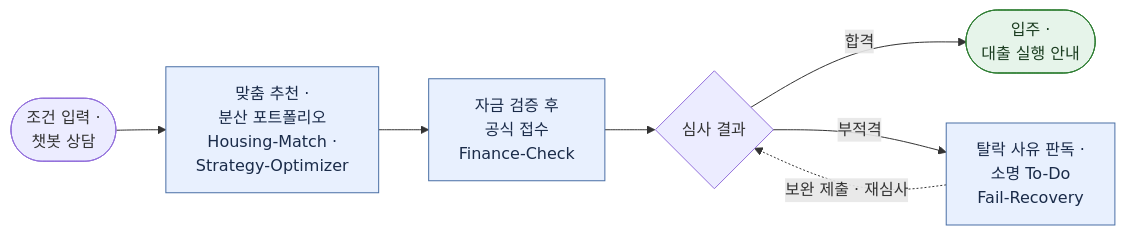
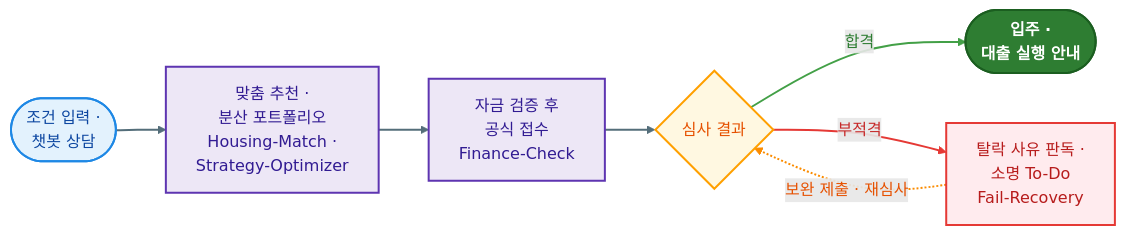
Before and after one commit to nixeast/Sessac_Hackerton: the third of 3 diagrams in Document/IdeaProposal_draft.md, drawn with Mermaid. The commit also changed other lines of this file, not shown here.

Commit message:
update diagram style

````diff
--- a/Document/IdeaProposal_draft.md
+++ b/Document/IdeaProposal_draft.md
@@ -112,14 +129,25 @@
 ```mermaid
 flowchart LR
     A(["조건 입력 ·<br/>챗봇 상담"]) --> B["맞춤 추천 ·<br/>분산 포트폴리오<br/>Housing-Match ·<br/>Strategy-Optimizer"]
     B --> C["자금 검증 후<br/>공식 접수<br/>Finance-Check"]
     C --> D{"심사 결과"}
     D -- "합격" --> E(["입주 ·<br/>대출 실행 안내"])
     D -- "부적격" --> F["탈락 사유 판독 ·<br/>소명 To-Do<br/>Fail-Recovery"]
     F -. "보완 제출 · 재심사" .-> D
 
-    classDef ai fill:#e8f0fe,stroke:#4a6fa5,color:#1a2b49
-    classDef out fill:#e6f4ea,stroke:#2e7d32,color:#1b3d20
-    class B,C,F ai
-    class E out
+    classDef start fill:#E3F2FD,stroke:#1E88E5,stroke-width:2px,color:#0D47A1
+    classDef ai fill:#EDE7F6,stroke:#5E35B1,stroke-width:2px,color:#311B92
+    classDef decision fill:#FFF8E1,stroke:#FFA000,stroke-width:2px,color:#E65100
+    classDef recover fill:#FFEBEE,stroke:#E53935,stroke-width:2px,color:#B71C1C
+    classDef goal fill:#2E7D32,stroke:#1B5E20,stroke-width:2px,color:#FFFFFF,font-weight:bold
+    class A start
+    class B,C ai
+    class D decision
+    class F recover
+    class E goal
+
+    linkStyle 0,1,2 stroke:#546E7A,stroke-width:2px
+    linkStyle 3 stroke:#43A047,stroke-width:2px,color:#2E7D32
+    linkStyle 4 stroke:#E53935,stroke-width:2px,color:#C62828
+    linkStyle 5 stroke:#FB8C00,stroke-width:2px,color:#E65100
 ```
````
